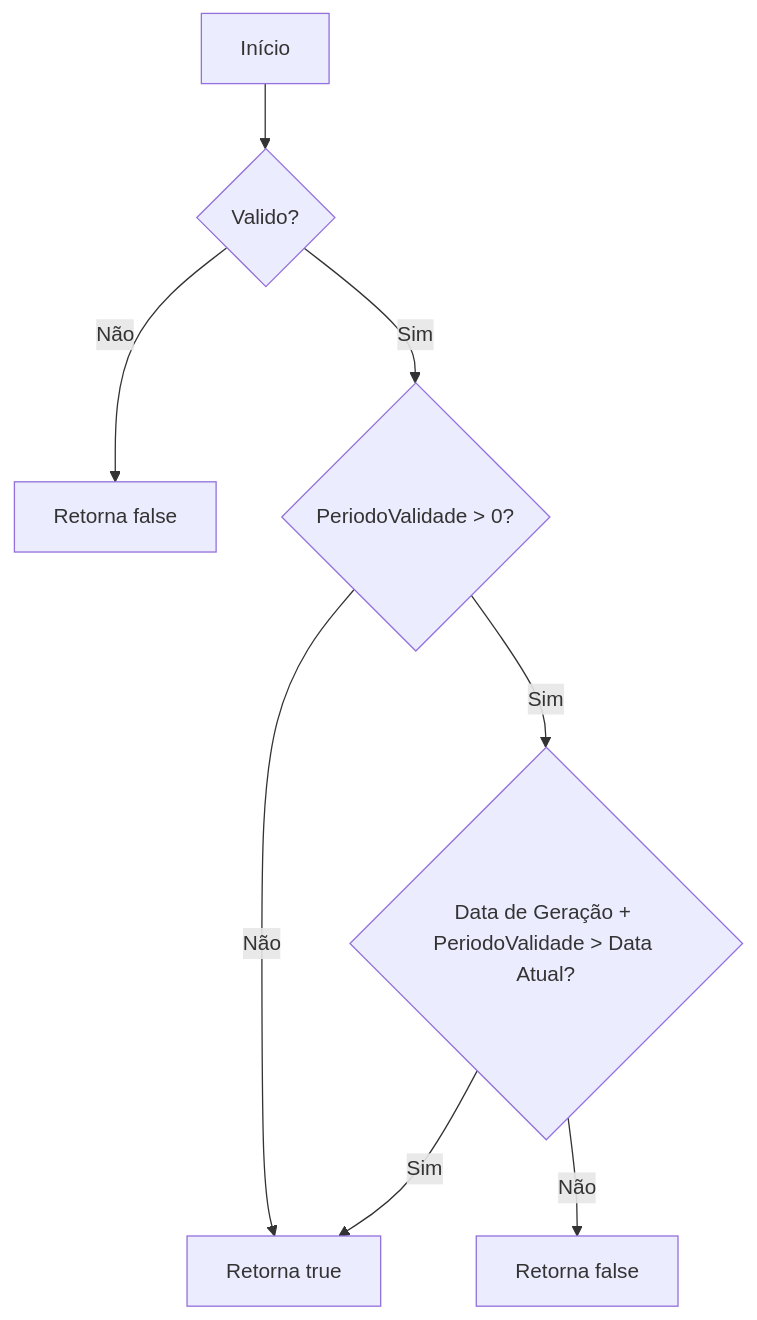
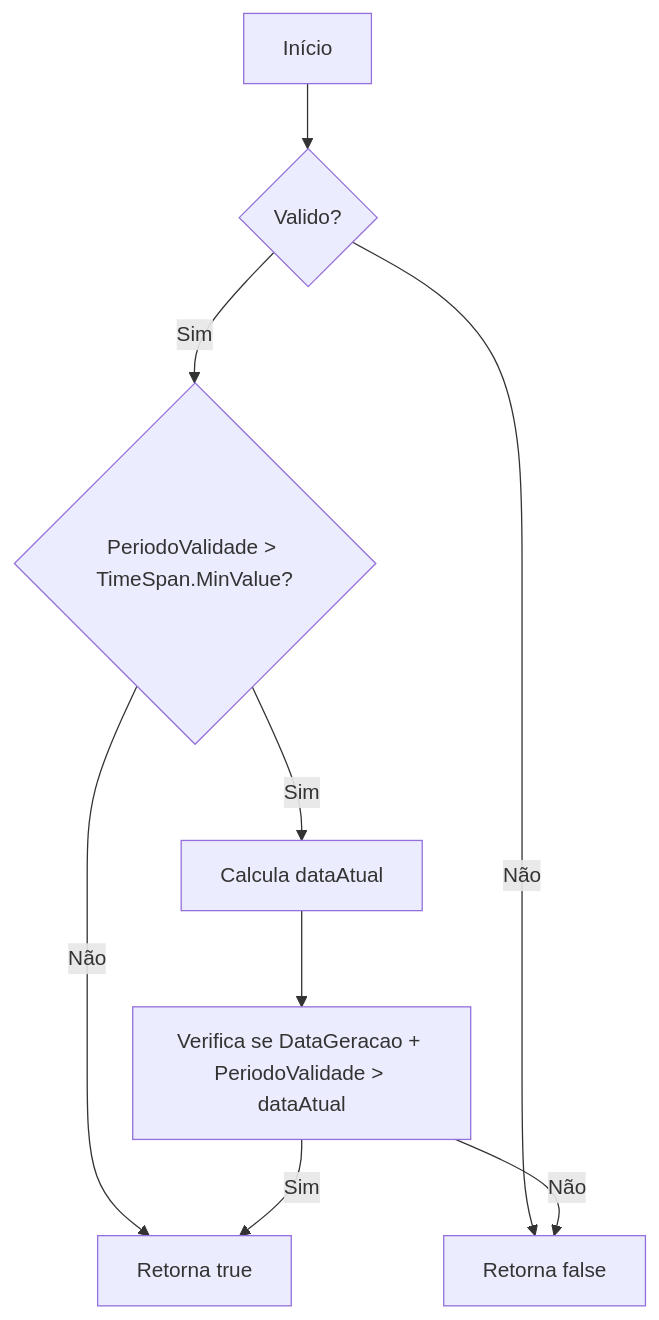
The first of 2 diagrams in docs/b2b-dominio/IsthmusWinthor.Nucleo/IsthmusWinthor.Dominio/Entidades/GuidSistema.md (IsthmusSistemas/documentacao-tecnica), drawn with Mermaid before and after one commit. The commit also changed other lines of this file and 882 other files, not shown here.

````diff
--- a/docs/b2b-dominio/IsthmusWinthor.Nucleo/IsthmusWinthor.Dominio/Entidades/GuidSistema.md
+++ b/docs/b2b-dominio/IsthmusWinthor.Nucleo/IsthmusWinthor.Dominio/Entidades/GuidSistema.md
@@ -20,10 +20,11 @@
 ```mermaid
 flowchart TD
     A[Início] --> B{Valido?}
-    B -- Não --> C[Retorna false]
-    B -- Sim --> D{PeriodoValidade > 0?}
-    D -- Não --> E[Retorna true]
-    D -- Sim --> F{Data de Geração + PeriodoValidade > Data Atual?}
-    F -- Não --> G[Retorna false]
-    F -- Sim --> E
+    B -- Sim --> C{PeriodoValidade > TimeSpan.MinValue?}
+    B -- Não --> D[Retorna false]
+    C -- Sim --> E[Calcula dataAtual]
+    C -- Não --> G[Retorna true]
+    E --> F[Verifica se DataGeracao + PeriodoValidade > dataAtual]
+    F -- Sim --> G[Retorna true]
+    F -- Não --> D[Retorna false]
 ```
````
